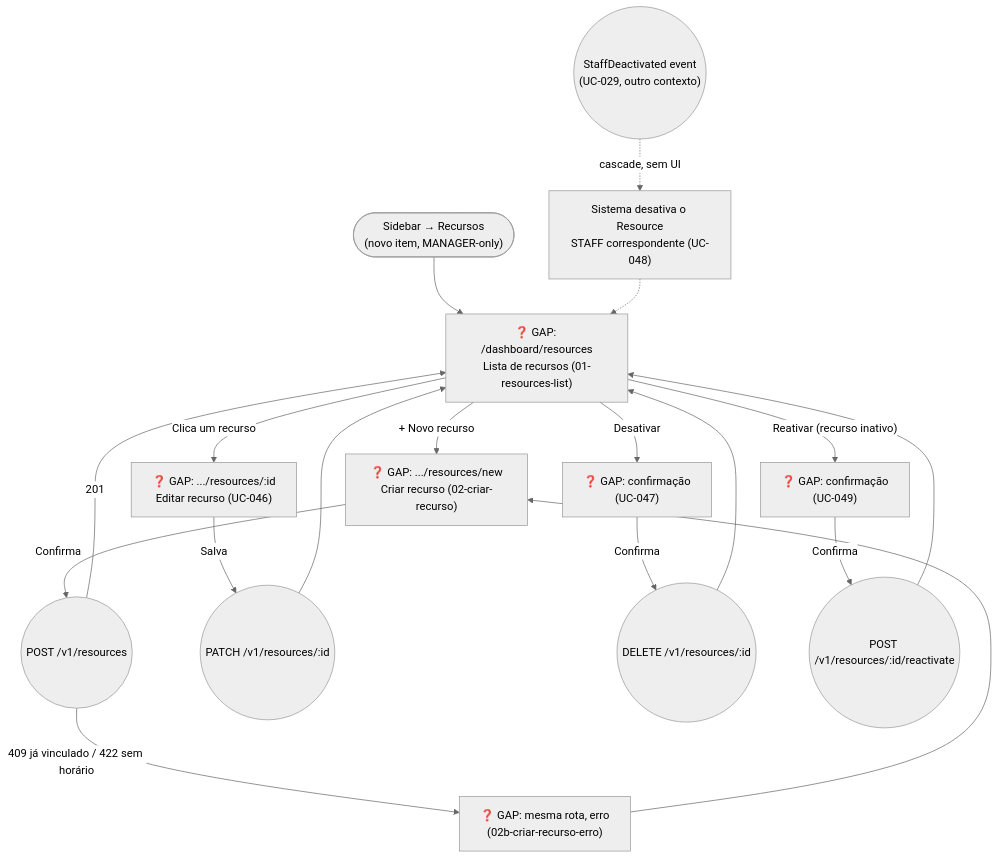
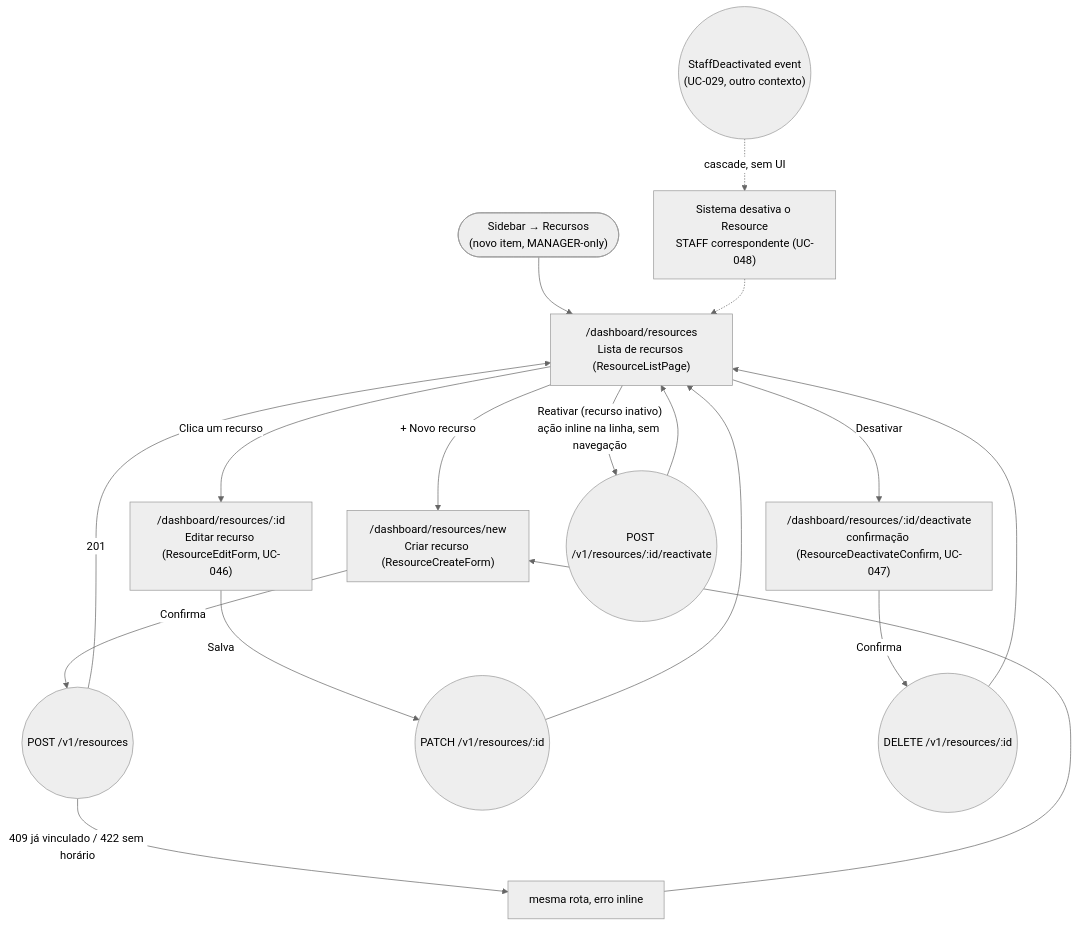
One commit to lmmoreira/ikaro changed the diagram in plan/journey/manager/resources.md. Above: the diagram before and after it, drawn with Mermaid (neutral theme). The commit also changed other lines of this file and 88 other files, not shown here.

First line of the commit message:
feat(booking): Manager Recursos frontend + GET /resources/:id (M21-S04) (#459)

````diff
--- a/plan/journey/manager/resources.md
+++ b/plan/journey/manager/resources.md
@@ -12,27 +12,24 @@
 ```mermaid
 flowchart TD
-    classDef gap stroke:#f00,stroke-dasharray: 5 5,fill:#fee
+    Start(["Sidebar → Recursos<br/>(novo item, MANAGER-only)"]) --> List["/dashboard/resources<br/>Lista de recursos (ResourceListPage)"]
 
-    Start(["Sidebar → Recursos<br/>(novo item, MANAGER-only)"]) --> List["❓ GAP: /dashboard/resources<br/>Lista de recursos (01-resources-list)"]
-
-    List -->|"+ Novo recurso"| Create["❓ GAP: .../resources/new<br/>Criar recurso (02-criar-recurso)"]
+    List -->|"+ Novo recurso"| Create["/dashboard/resources/new<br/>Criar recurso (ResourceCreateForm)"]
     Create -->|"Confirma"| CreateCall(("POST /v1/resources"))
     CreateCall -->|"201"| List
-    CreateCall -->|"409 já vinculado / 422 sem horário"| CreateErr["❓ GAP: mesma rota, erro<br/>(02b-criar-recurso-erro)"]
+    CreateCall -->|"409 já vinculado / 422 sem horário"| CreateErr["mesma rota, erro inline"]
     CreateErr --> Create
 
-    List -->|"Clica um recurso"| EditResource["❓ GAP: .../resources/:id<br/>Editar recurso (UC-046)"]
+    List -->|"Clica um recurso"| EditResource["/dashboard/resources/:id<br/>Editar recurso (ResourceEditForm, UC-046)"]
     EditResource -->|"Salva"| EditCall(("PATCH /v1/resources/:id"))
     EditCall --> List
 
-    List -->|"Desativar"| Deactivate["❓ GAP: confirmação<br/>(UC-047)"]
+    List -->|"Desativar"| Deactivate["/dashboard/resources/:id/deactivate<br/>confirmação (ResourceDeactivateConfirm, UC-047)"]
     Deactivate -->|"Confirma"| DeactivateCall(("DELETE /v1/resources/:id"))
     DeactivateCall --> List
 
-    List -->|"Reativar (recurso inativo)"| Reactivate["❓ GAP: confirmação<br/>(UC-049)"]
-    Reactivate -->|"Confirma"| ReactivateCall(("POST /v1/resources/:id/reactivate"))
+    List -->|"Reativar (recurso inativo)<br/>ação inline na linha, sem navegação"| ReactivateCall(("POST /v1/resources/:id/reactivate"))
     ReactivateCall --> List
 
     StaffDeactivated(("StaffDeactivated event<br/>(UC-029, outro contexto)")) -.->|"cascade, sem UI"| CascadeNote["Sistema desativa o Resource<br/>STAFF correspondente (UC-048)"]
     CascadeNote -.-> List
 ```
````
